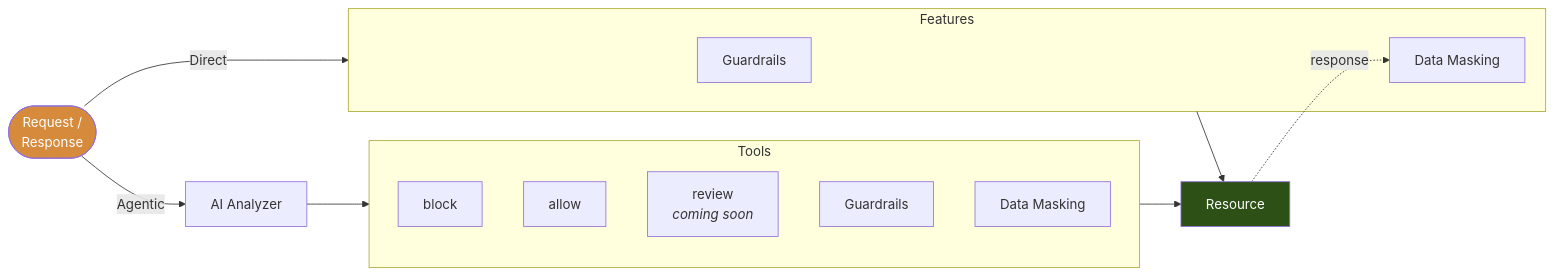
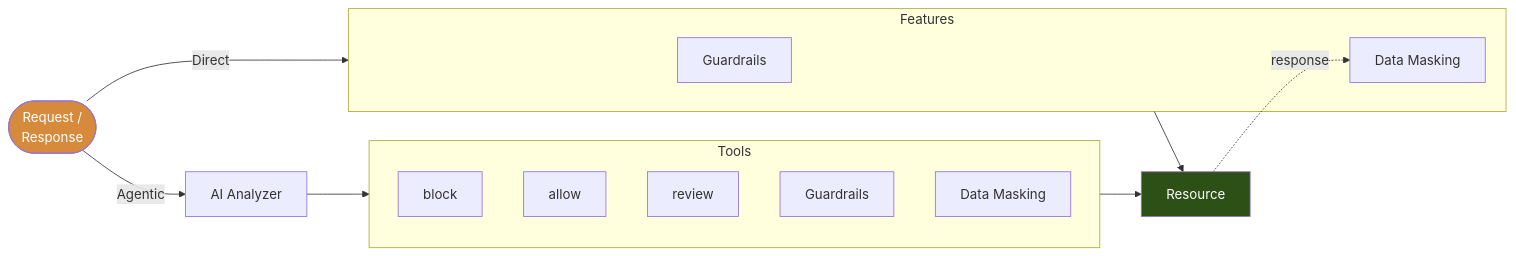
Before and after one commit to hoophq/documentation: the diagram in core-concepts/sidecar.mdx, drawn with Mermaid. The commit also changed 7 other files, not shown here.

````diff
--- a/core-concepts/sidecar.mdx
+++ b/core-concepts/sidecar.mdx
@@ -30,30 +30,30 @@
 ```mermaid
 flowchart LR
     REQ(["Request /<br/>Response"])
 
     subgraph FEAT["Features"]
       GR["Guardrails"]
       DM["Data Masking"]
     end
 
     subgraph TOOLS["Tools"]
       BLK["block"]
       ALW["allow"]
-      RVW["review<br/><i>coming soon</i>"]
+      RVW["review"]
       TGR["Guardrails"]
       TDM["Data Masking"]
     end
 
     AI["AI Analyzer"]
     RES["Resource"]
 
     REQ -->|"Direct"| FEAT
     REQ -->|"Agentic"| AI
     FEAT --> RES
     AI --> TOOLS
     TOOLS --> RES
     RES -.->|"response"| DM
 
     style RES fill:#2d5016,color:#fff
     style REQ fill:#d68a3c,color:#fff
 ```
````
